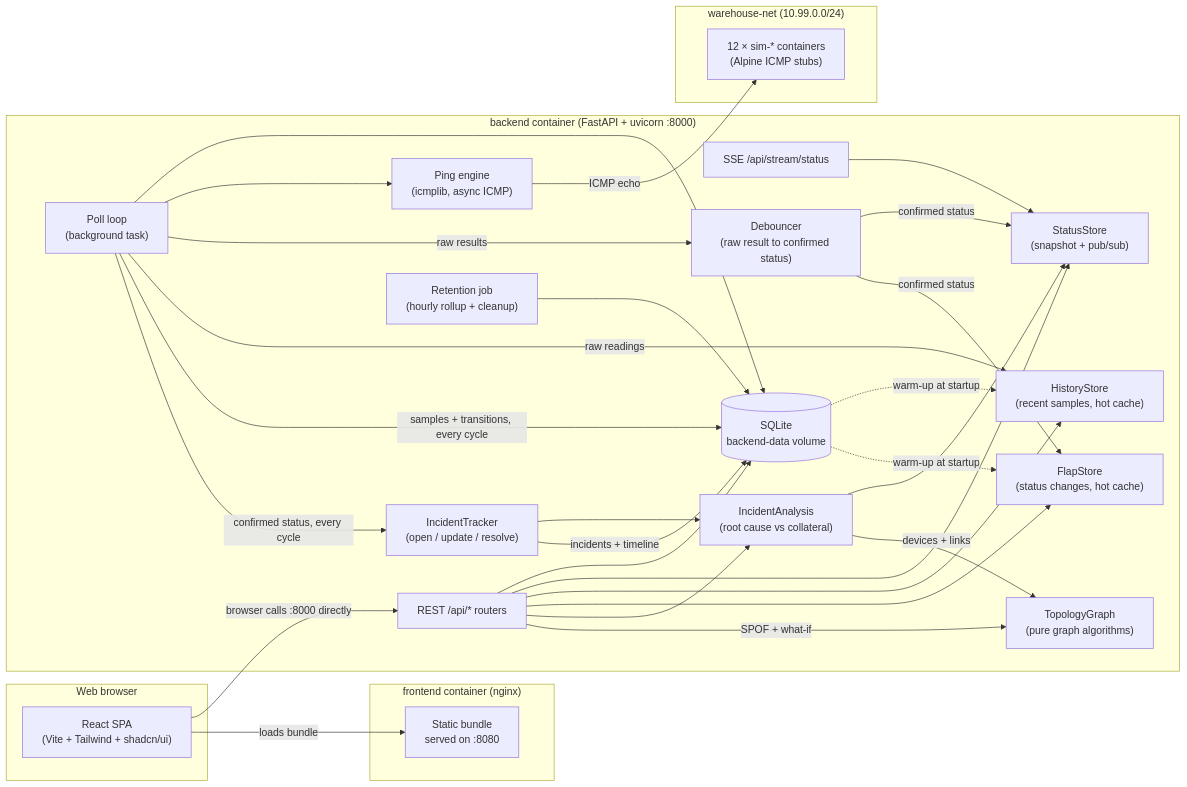
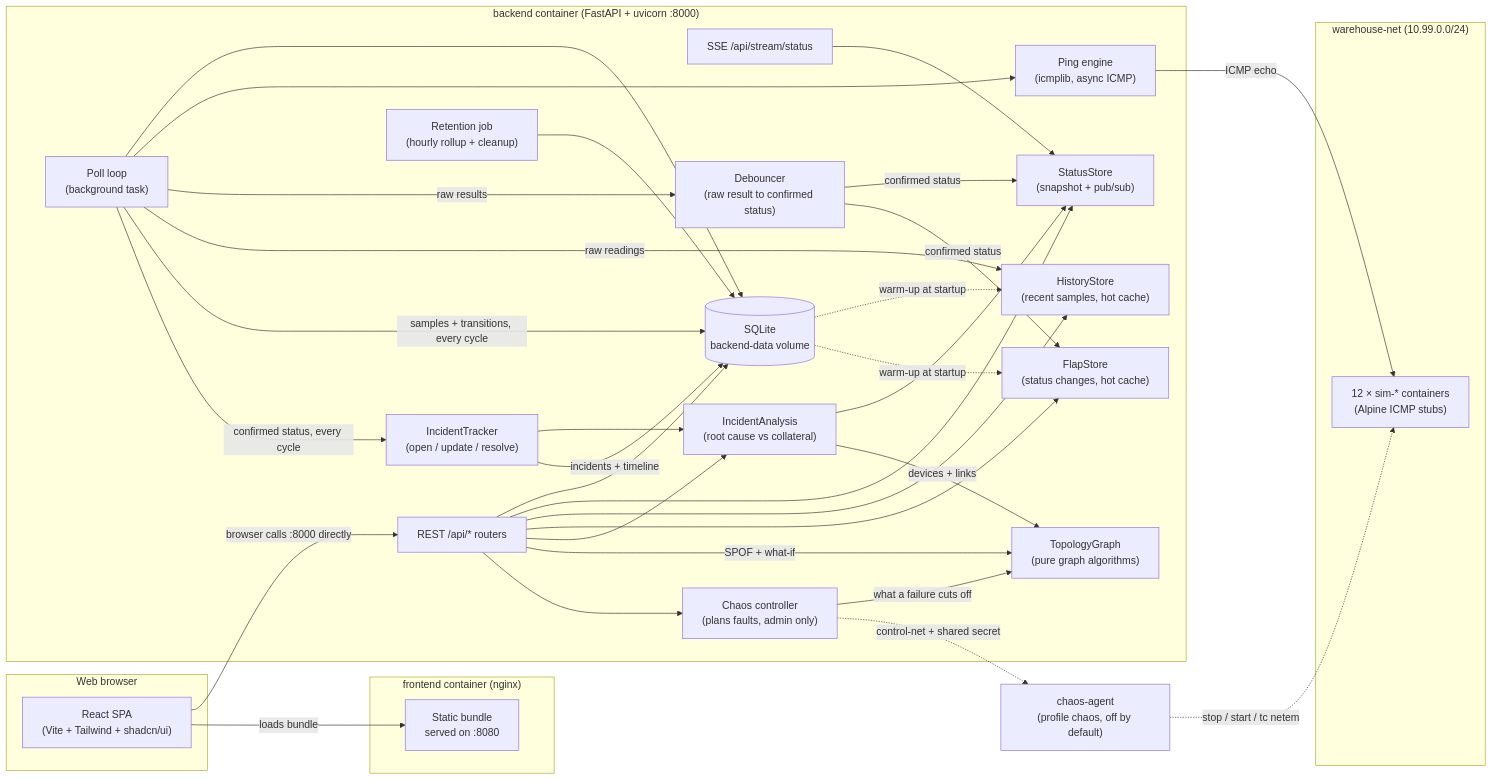
One commit to dumbL4d/network-analyser changed the first of 10 diagrams in README.md. Above: the diagram before and after it, drawn with Mermaid. The commit also changed other lines of this file and 20 other files, not shown here.

First line of the commit message:
feat: add topology-aware fault injection with isolated chaos agent

````diff
--- a/README.md
+++ b/README.md
@@ -52,57 +56,64 @@
 ```mermaid
 flowchart LR
     subgraph Browser["Web browser"]
         UI["React SPA<br/>(Vite + Tailwind + shadcn/ui)"]
     end
 
     subgraph FrontendContainer["frontend container (nginx)"]
         STATIC["Static bundle<br/>served on :8080"]
     end
 
     subgraph BackendContainer["backend container (FastAPI + uvicorn :8000)"]
         API["REST /api/* routers"]
         SSE["SSE /api/stream/status"]
         POLL["Poll loop<br/>(background task)"]
         PING["Ping engine<br/>(icmplib, async ICMP)"]
         DEB["Debouncer<br/>(raw result to confirmed status)"]
         ST["StatusStore<br/>(snapshot + pub/sub)"]
         HS["HistoryStore<br/>(recent samples, hot cache)"]
         FS["FlapStore<br/>(status changes, hot cache)"]
         IA["IncidentAnalysis<br/>(root cause vs collateral)"]
         TG["TopologyGraph<br/>(pure graph algorithms)"]
+        CH["Chaos controller<br/>(plans faults, admin only)"]
         TRK["IncidentTracker<br/>(open / update / resolve)"]
         RET["Retention job<br/>(hourly rollup + cleanup)"]
         DB[("SQLite<br/>backend-data volume")]
     end
 
     subgraph SimNet["warehouse-net (10.99.0.0/24)"]
         SIM["12 × sim-* containers<br/>(Alpine ICMP stubs)"]
     end
 
+    AGENT["chaos-agent<br/>(profile chaos, off by default)"]
+
     UI -- "browser calls :8000 directly" --> API
     API --> DB
     API --> ST
     API --> HS
     API --> FS
     API --> IA
     API -- "SPOF + what-if" --> TG
+    API --> CH
+    CH -- "what a failure cuts off" --> TG
+    CH -. "control-net + shared secret" .-> AGENT
+    AGENT -. "stop / start / tc netem" .-> SIM
     IA --> ST
     IA -- "devices + links" --> TG
     SSE --> ST
     POLL --> DB
     POLL --> PING
     PING -- "ICMP echo" --> SIM
     POLL -- "raw results" --> DEB
     DEB -- "confirmed status" --> ST
     DEB -- "confirmed status" --> FS
     POLL -- "raw readings" --> HS
     POLL -- "samples + transitions, every cycle" --> DB
     POLL -- "confirmed status, every cycle" --> TRK
     TRK --> IA
     TRK -- "incidents + timeline" --> DB
     RET --> DB
     DB -. warm-up at startup .-> HS
     DB -. warm-up at startup .-> FS
 
     UI -- "loads bundle" --> STATIC
 ```
````
